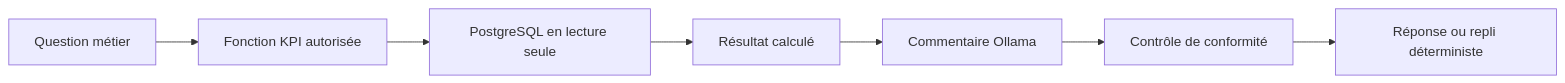
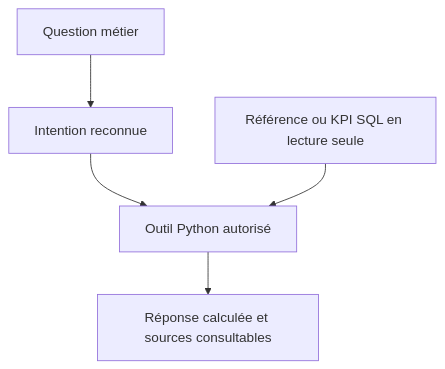
Before and after one commit to NacPKZ/ConsultAI-360: the fourth of 5 diagrams in README.md, drawn with Mermaid. The commit also changed other lines of this file and 13 other files, not shown here.

```diff
--- a/README.md
+++ b/README.md
@@ -283,9 +285,7 @@
 ~~~mermaid
-flowchart LR
- A["Question métier"] --> B["Fonction KPI autorisée"]
- B --> C["PostgreSQL en lecture seule"]
- C --> D["Résultat calculé"]
- D --> E["Commentaire Ollama"]
- E --> F["Contrôle de conformité"]
- F --> G["Réponse ou repli déterministe"]
+flowchart TD
+ A["Question métier"] --> B["Intention reconnue"]
+ B --> C["Outil Python autorisé"]
+ D["Référence ou KPI SQL en lecture seule"] --> C
+ C --> E["Réponse calculée et sources consultables"]
 ~~~
```
